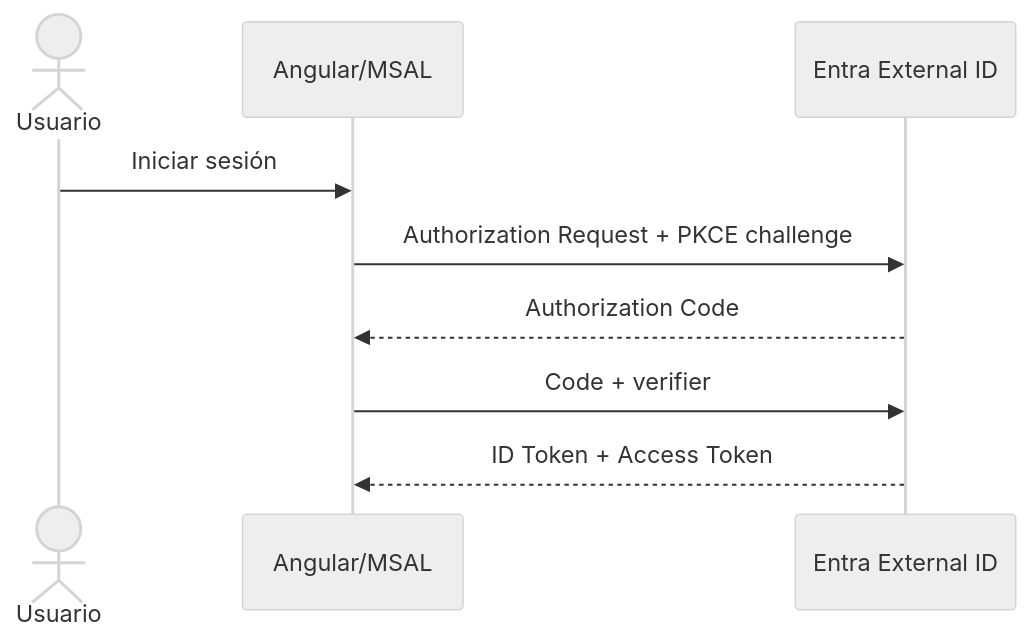
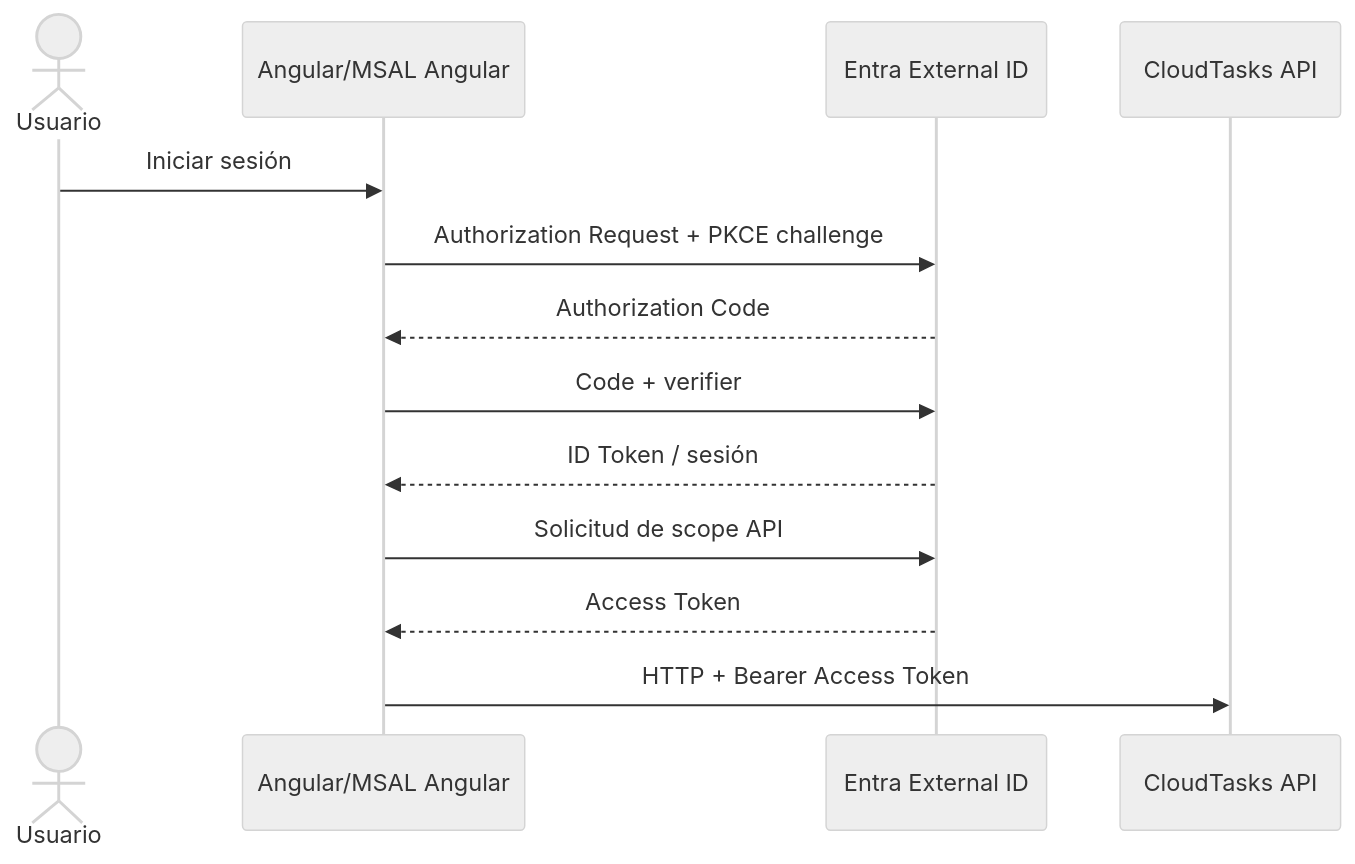
The diagram in guias-integradas/ev1/03-angular-msal.md (cmartinezs/DSY1107-DESARROLLO-CLOUD-NATIVE-I-2026-2), drawn with Mermaid (neutral theme) before and after one commit. The commit also changed other lines of this file, not shown here.

Commit message:
docs: alinear etapa 03 con MSAL Angular oficial

````diff
--- a/guias-integradas/ev1/03-angular-msal.md
+++ b/guias-integradas/ev1/03-angular-msal.md
@@ -55,12 +68,16 @@
 ```mermaid
 sequenceDiagram
     actor U as Usuario
-    participant F as Angular/MSAL
+    participant F as Angular/MSAL Angular
     participant E as Entra External ID
+    participant A as CloudTasks API
 
     U->>F: Iniciar sesión
     F->>E: Authorization Request + PKCE challenge
     E-->>F: Authorization Code
     F->>E: Code + verifier
-    E-->>F: ID Token + Access Token
+    E-->>F: ID Token / sesión
+    F->>E: Solicitud de scope API
+    E-->>F: Access Token
+    F->>A: HTTP + Bearer Access Token
 ```
````
